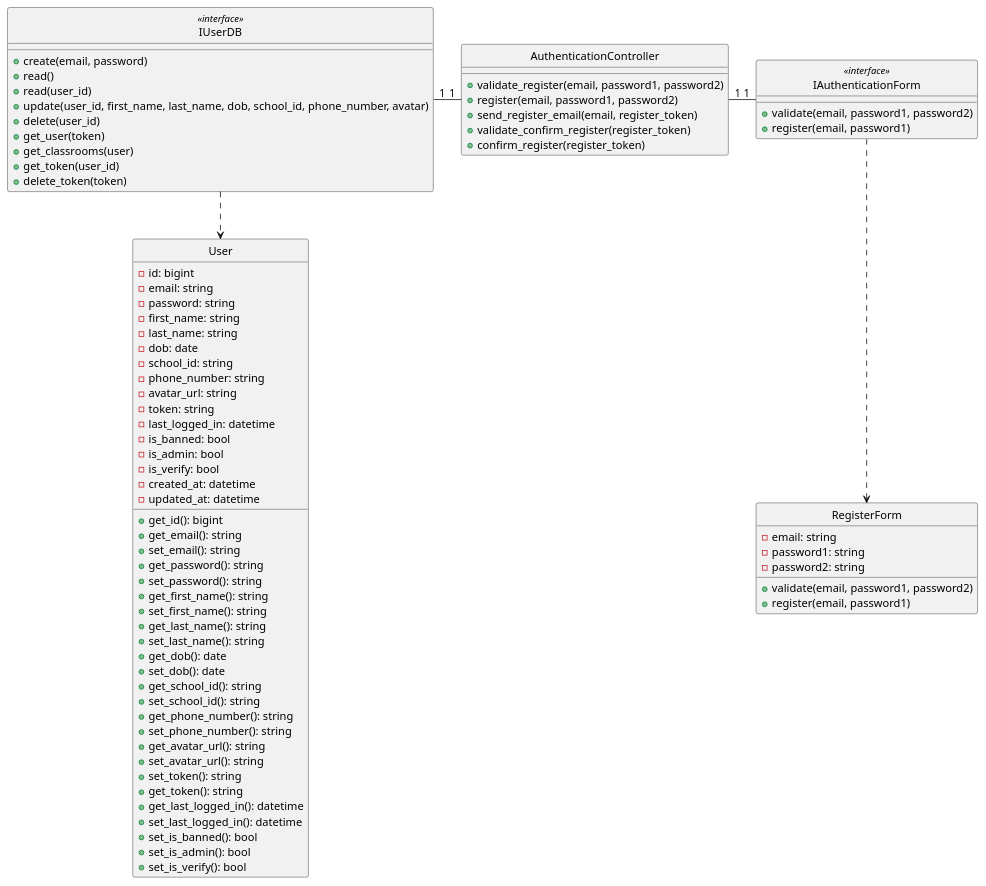
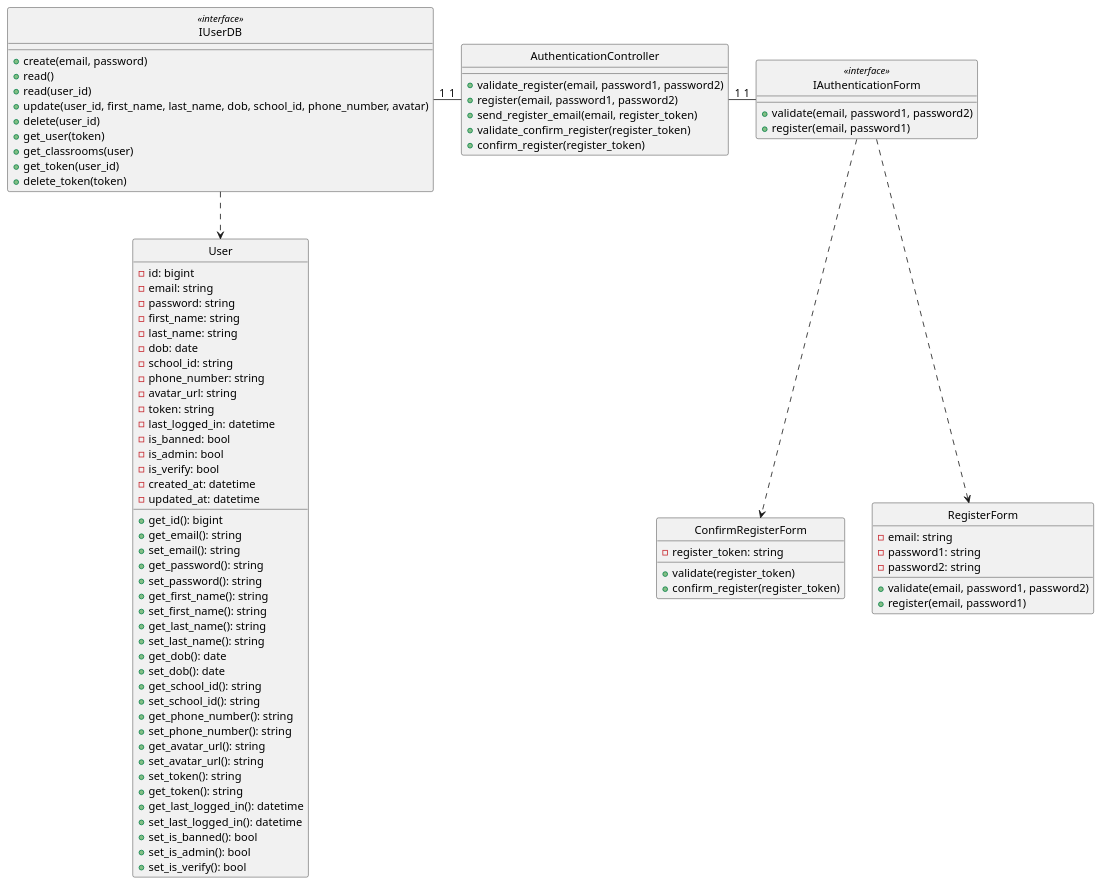
Before and after one commit to anonyhostvn/OOAD-Diagram: the diagram in class - design/authentication/register.plantuml, drawn with PlantUML. The commit also changed 9 other files, not shown here.

Commit message:
authentication Class diagram update2

```diff
--- a/class - design/authentication/register.plantuml
+++ b/class - design/authentication/register.plantuml
@@ -1,92 +1,101 @@
 @startuml createClass
 
 class User {
     - id: bigint
     - email: string
     - password: string
     - first_name: string
     - last_name: string
     - dob: date
     - school_id: string
     - phone_number: string
     - avatar_url: string
     - token: string
     - last_logged_in: datetime
     - is_banned: bool
     - is_admin: bool
     - is_verify: bool
     - created_at: datetime
     - updated_at: datetime
 
     + get_id(): bigint
     + get_email(): string
     + set_email(): string
     + get_password(): string
     + set_password(): string
     + get_first_name(): string
     + set_first_name(): string
     + get_last_name(): string
     + set_last_name(): string
     + get_dob(): date
     + set_dob(): date
     + get_school_id(): string
     + set_school_id(): string
     + get_phone_number(): string
     + set_phone_number(): string
     + get_avatar_url(): string
     + set_avatar_url(): string
     + set_token(): string
     + get_token(): string
     + get_last_logged_in(): datetime
     + set_last_logged_in(): datetime
     + set_is_banned(): bool
     + set_is_admin(): bool
     + set_is_verify(): bool
 }
 
 class IUserDB <<interface>> {
     + create(email, password)
     + read()
     + read(user_id)
     + update(user_id, first_name, last_name, dob, school_id, phone_number, avatar)
     + delete(user_id)
     + get_user(token)
     + get_classrooms(user)
     + get_token(user_id)
     + delete_token(token)
 }
 
 class RegisterForm {
     - email: string
     - password1: string
     - password2: string
 
     + validate(email, password1, password2)
     + register(email, password1)
 }
 
+class ConfirmRegisterForm {
+    - register_token: string
+
+    + validate(register_token)
+    + confirm_register(register_token)
+}
+
 class IAuthenticationForm <<interface>> {
     + validate(email, password1, password2)
     + register(email, password1)
 }
 
 class AuthenticationController {
     + validate_register(email, password1, password2)
     + register(email, password1, password2)
     + send_register_email(email, register_token)
     + validate_confirm_register(register_token)
     + confirm_register(register_token)
 }
 
 hide User circle
 hide IUserDB <<interface>> circle
 hide RegisterForm circle
+hide ConfirmRegisterForm circle
 hide IAuthenticationForm <<interface>> circle
 hide AuthenticationController circle
 
 IUserDB -down.> User
 IAuthenticationForm .down.> RegisterForm
+IAuthenticationForm .down.> ConfirmRegisterForm
 AuthenticationController "1"-left-"1" IUserDB
 IAuthenticationForm "1"-left-"1" AuthenticationController
 
 @enduml
```
